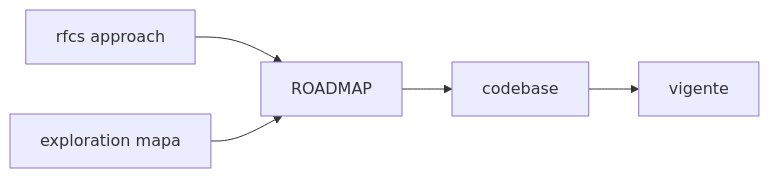
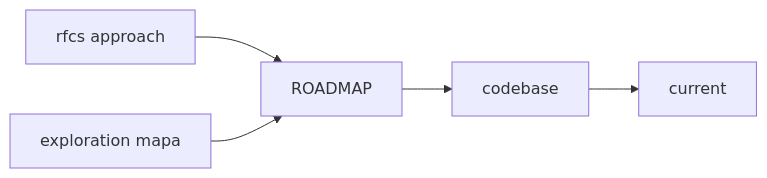
The diagram in docs-kit/templates/docs/architecture/README.md (tomasbarrios/agent-scripts), drawn with Mermaid before and after one commit. The commit also changed other lines of this file and 6 other files, not shown here.

Commit message:
Rename architecture/vigente to architecture/current in docs-kit.

````diff
--- a/docs-kit/templates/docs/architecture/README.md
+++ b/docs-kit/templates/docs/architecture/README.md
@@ -14,12 +14,12 @@
 ```mermaid
 flowchart LR
   rfcs[rfcs approach]
   exploration[exploration mapa]
   roadmap[ROADMAP]
   code[codebase]
-  vigente[vigente]
+  current[current]
   rfcs --> roadmap
   exploration --> roadmap
   roadmap --> code
-  code --> vigente
+  code --> current
 ```
````
